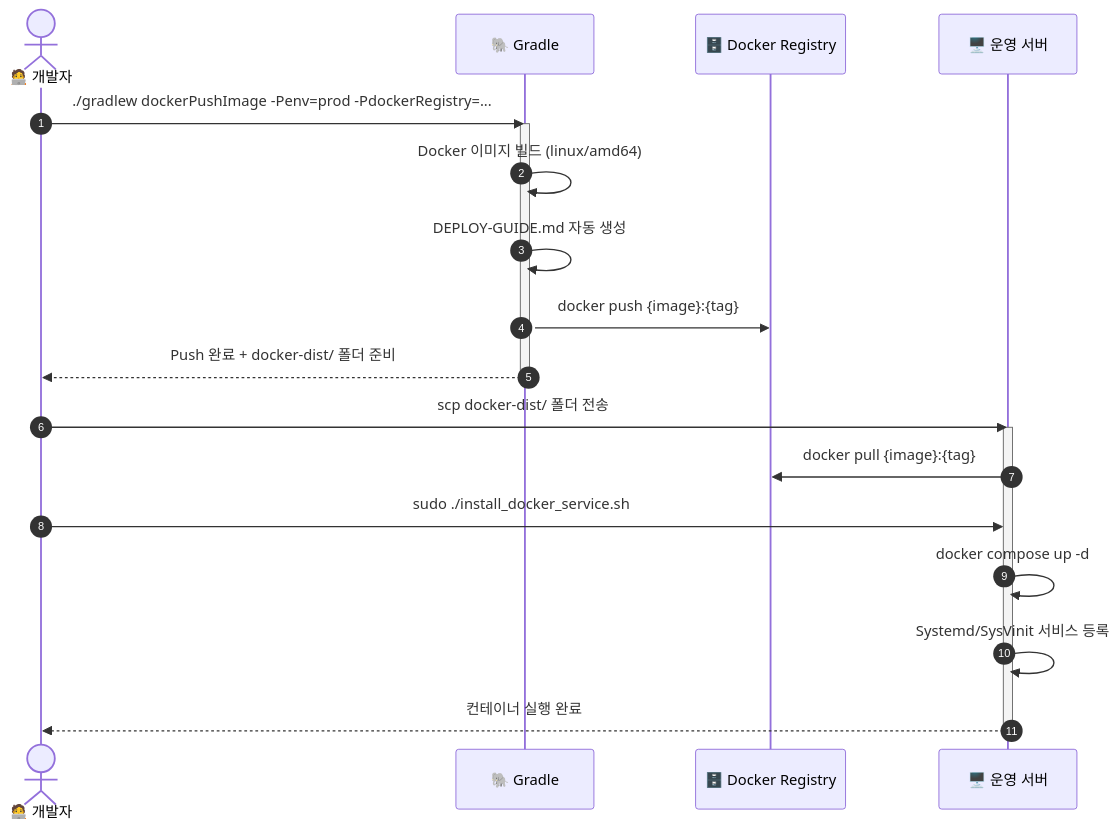
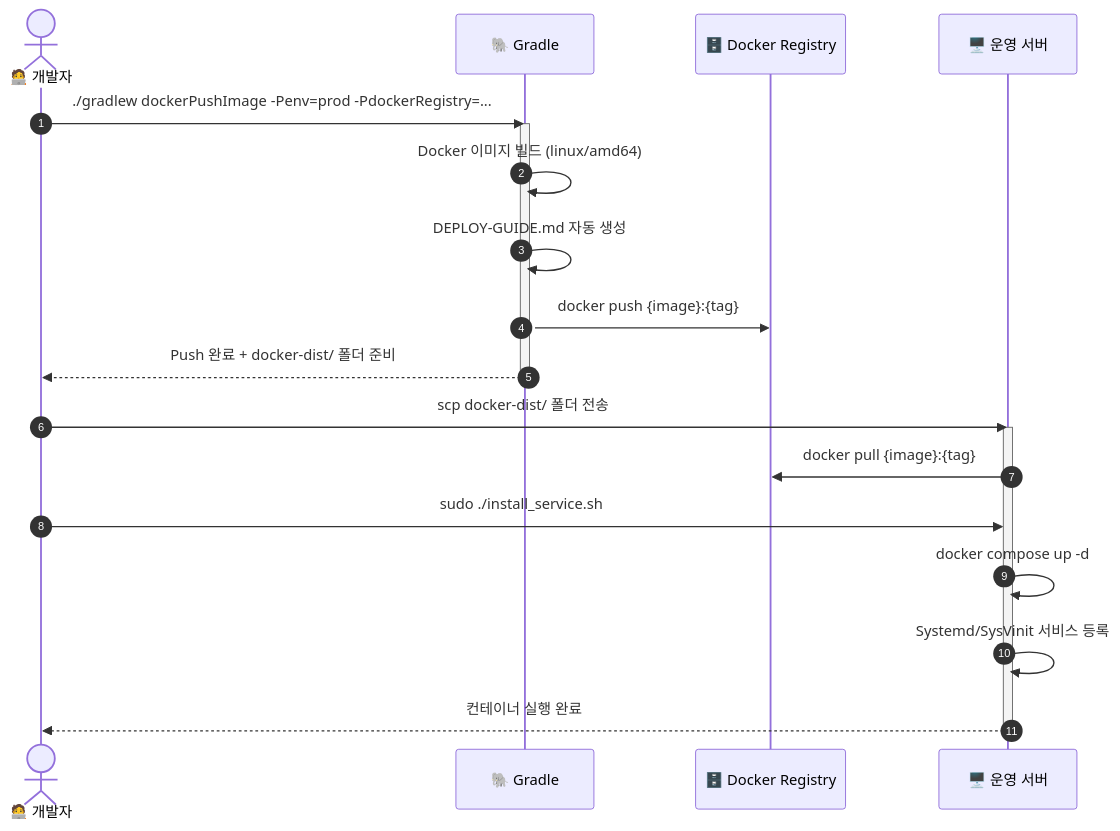
One commit to MJ-Youn/build-template changed the fifth of 6 diagrams in README.md. Above: the diagram before and after it, drawn with Mermaid. The commit also changed other lines of this file and 3 other files, not shown here.

Commit message:
필요없는 install_docker_service.sh 삭제

````diff
--- a/README.md
+++ b/README.md
@@ -532,25 +532,25 @@
 ```mermaid
 sequenceDiagram
     autonumber
     actor Dev as 🧑‍💻 개발자
     participant Gradle as 🐘 Gradle
     participant Registry as 🗄️ Docker Registry
     participant Server as 🖥️ 운영 서버
 
     Dev->>Gradle: ./gradlew dockerPushImage -Penv=prod -PdockerRegistry=...
     activate Gradle
     Gradle->>Gradle: Docker 이미지 빌드 (linux/amd64)
     Gradle->>Gradle: DEPLOY-GUIDE.md 자동 생성
     Gradle->>Registry: docker push {image}:{tag}
     Gradle-->>Dev: Push 완료 + docker-dist/ 폴더 준비
     deactivate Gradle
 
     Dev->>Server: scp docker-dist/ 폴더 전송
     activate Server
     Server->>Registry: docker pull {image}:{tag}
-    Dev->>Server: sudo ./install_docker_service.sh
+    Dev->>Server: sudo ./install_service.sh
     Server->>Server: docker compose up -d
     Server->>Server: Systemd/SysVinit 서비스 등록
     Server-->>Dev: 컨테이너 실행 완료
     deactivate Server
 ```
````
